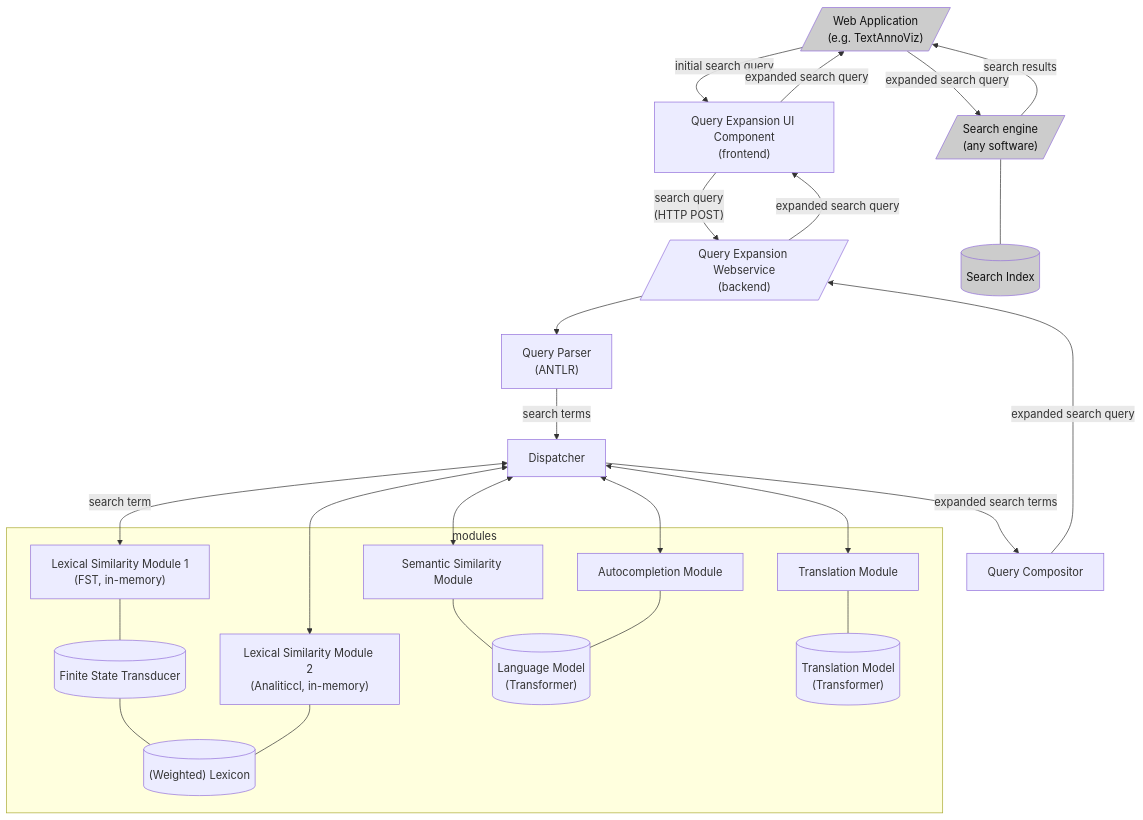
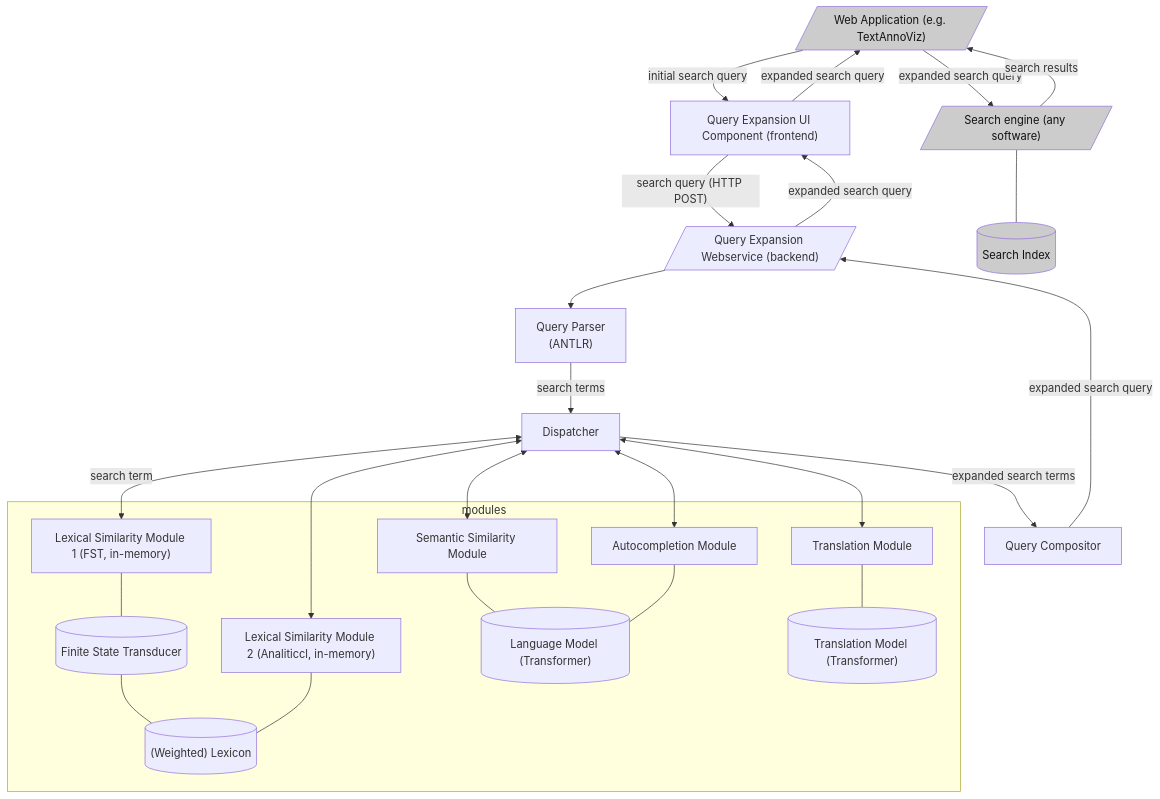
Before and after one commit to knaw-huc/kweepeer: the diagram in README.md, drawn with Mermaid.

Commit message:
schema styling: github has trouble visualising newlines in mermaid labels, removed them

````diff
--- a/README.md
+++ b/README.md
@@ -69,55 +69,55 @@
 ```mermaid
 flowchart TD
-    app[/"Web Application\n(e.g. TextAnnoViz)"/]
-    frontend["Query Expansion UI Component\n(frontend)"]
-    backend[/"Query Expansion Webservice\n(backend)"/]
-    search[/"Search engine\n(any software)"/]
+    app[/"Web Application (e.g. TextAnnoViz)"/]
+    frontend["Query Expansion UI Component (frontend)"]
+    backend[/"Query Expansion Webservice (backend)"/]
+    search[/"Search engine (any software)"/]
     searchdb[("Search Index")]
 
     app -- "initial search query" --> frontend
 
-    frontend -- "search query\n(HTTP POST)" --> backend
+    frontend -- "search query (HTTP POST)" --> backend
     backend -- "expanded search query" --> frontend
     app -- "expanded search query" --> search
     frontend -- "expanded search query" --> app
     search -- "search results" --> app
     search --- searchdb
 
     parser["Query parser"]
     subgraph modules 
-        lexsimfst["Lexical Similarity Module 1\n(FST, in-memory)"]
-        lexsimanaliticcl["Lexical Similarity Module 2\n(Analiticcl, in-memory)"]
+        lexsimfst["Lexical Similarity Module 1 (FST, in-memory)"]
+        lexsimanaliticcl["Lexical Similarity Module 2 (Analiticcl, in-memory)"]
         semsim["Semantic Similarity Module"]
         autocomplete["Autocompletion Module"]
         translator["Translation Module"]
         fst[("Finite State Transducer")]
         lexicon[("(Weighted) Lexicon")]
-        lm[("Language Model\n(Transformer)")]
-        tm[("Translation Model\n(Transformer)")]
+        lm[("Language Model (Transformer)")]
+        tm[("Translation Model (Transformer)")]
     end
 
     parser["Query Parser\n(ANTLR)"]
     compositor["Query Compositor"]
     dispatcher["Dispatcher"]
     parser -- "search terms" --> dispatcher
 
     backend --> parser
     compositor -- "expanded search query" --> backend
 
     dispatcher <-- "search term" --> lexsimfst
     dispatcher <--> lexsimanaliticcl
     dispatcher <--> semsim
     dispatcher <--> autocomplete
     dispatcher <--> translator
     dispatcher -- "expanded search terms" --> compositor
 
     lexsimfst --- fst
     fst --- lexicon
     lexsimanaliticcl --- lexicon
     semsim --- lm
     autocomplete --- lm
     translator --- tm
 
     classDef external fill:#ccc,color:#111
     class app,search,searchdb external
 ```
````
